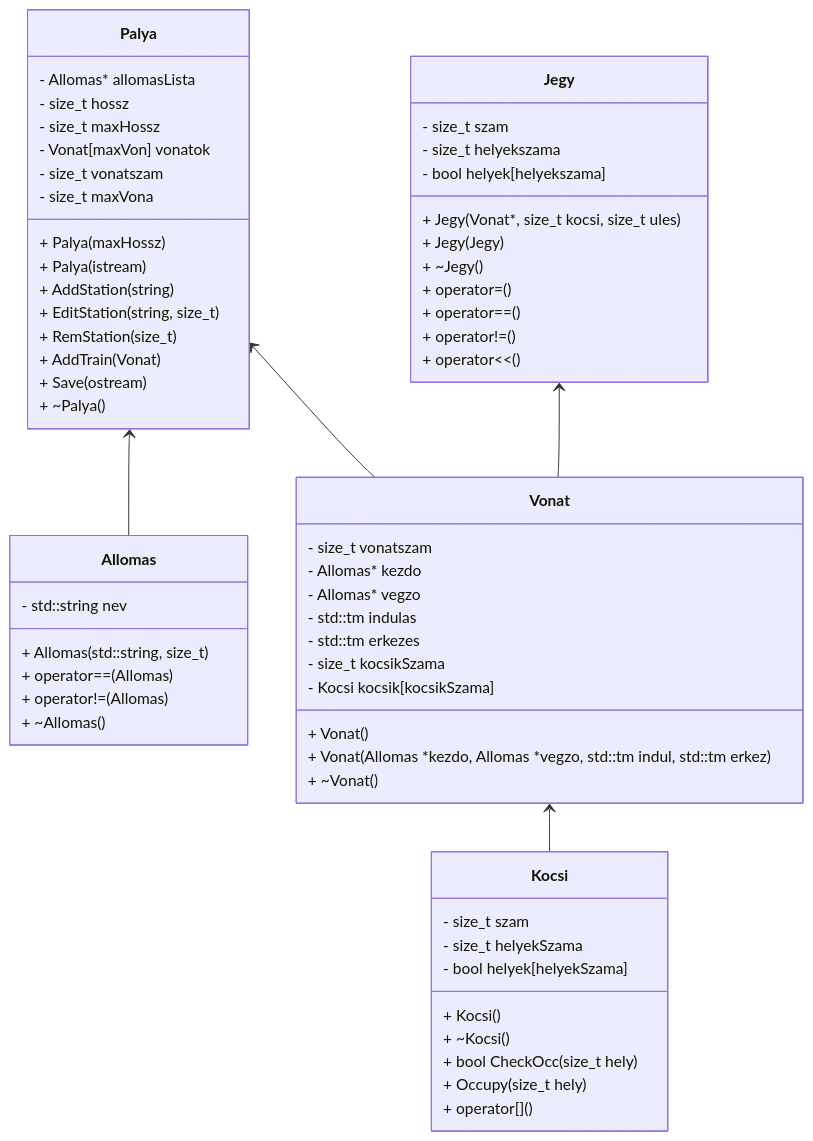
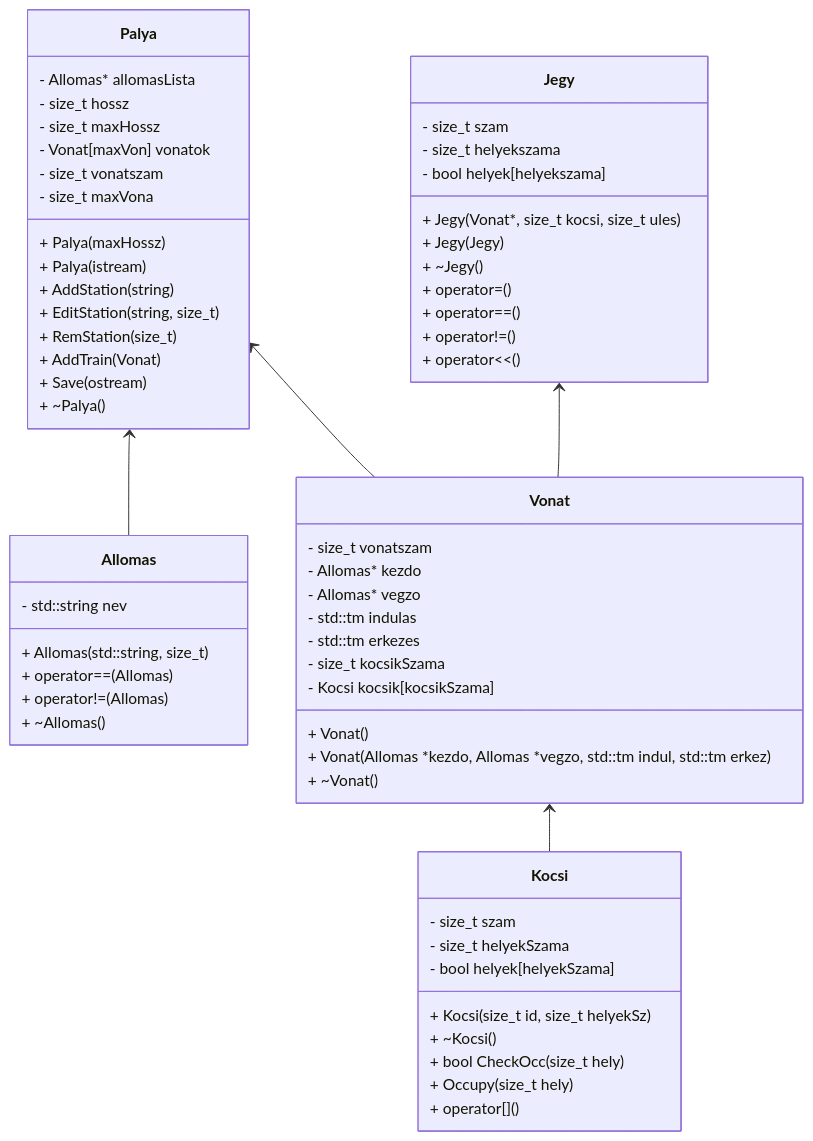
Before and after one commit to FlyinPancake/p2NHF: the diagram in README.md, drawn with Mermaid. The commit also changed other lines of this file and 1 other file, not shown here.

Commit message:
Kocsi osztaly doxygen kommentelese, frissitett

````diff
--- a/README.md
+++ b/README.md
@@ -20,82 +20,82 @@
 ```mermaid
 classDiagram
 
 class Palya {
     - Allomas* allomasLista
     - size_t hossz
     - size_t maxHossz
     - Vonat[maxVon] vonatok
     - size_t vonatszam
     - size_t maxVona
     + Palya(maxHossz)
     + Palya(istream)
     + AddStation(string)
     + EditStation(string, size_t)
     + RemStation(size_t)
     + AddTrain(Vonat)
     + Save(ostream)
     + ~Palya()
 }
 
 Palya <-- Allomas
 
 class Allomas {
 	- std::string nev
 
     + Allomas(std::string, size_t)
     + operator==(Allomas)
     + operator!=(Allomas)
     + ~Allomas()
 }
 
 Palya <-- Vonat
 
 class Vonat {
 	- size_t vonatszam
 	- Allomas* kezdo
 	- Allomas* vegzo
 	- std::tm indulas
 	- std::tm erkezes
 
 	- size_t kocsikSzama
 	- Kocsi kocsik[kocsikSzama]
 
 	+ Vonat()
 	+ Vonat(Allomas *kezdo, Allomas *vegzo, std::tm indul, std::tm erkez)
 	+ ~Vonat()
 }
 
 
 Vonat <-- Kocsi
 
 class Kocsi {
 	- size_t szam
 	- size_t helyekSzama
 	- bool helyek[helyekSzama]
 
-	+ Kocsi()
+	+ Kocsi(size_t id, size_t helyekSz)
 	+ ~Kocsi()
 	+ bool CheckOcc(size_t hely)
 	+ Occupy(size_t hely)
 	+ operator[]()
 }
 
 
 Jegy <-- Vonat
 
 class Jegy {
 	- size_t szam
 	- size_t helyekszama
 	- bool helyek[helyekszama]
 
 	+ Jegy(Vonat*, size_t kocsi, size_t ules)
 	+ Jegy(Jegy)
 	+ ~Jegy()
 	+ operator=()
 	+ operator==()
 	+ operator!=()
 	+ operator<<()
 }
 
 
 ```
````
